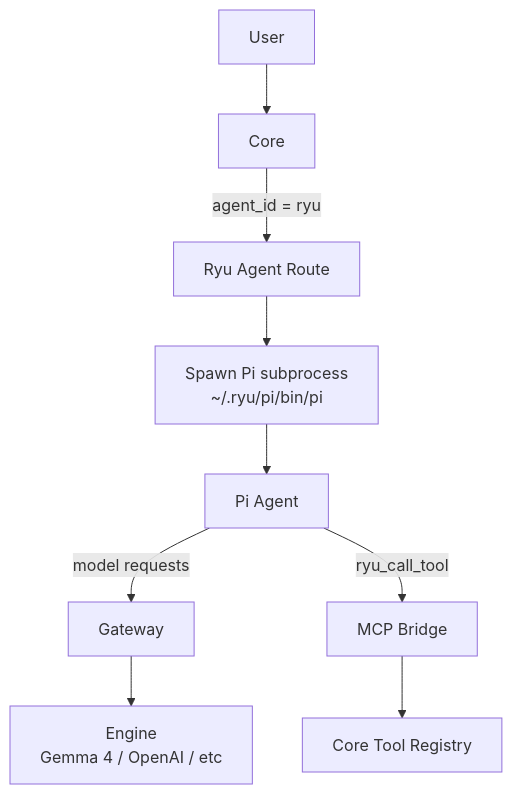
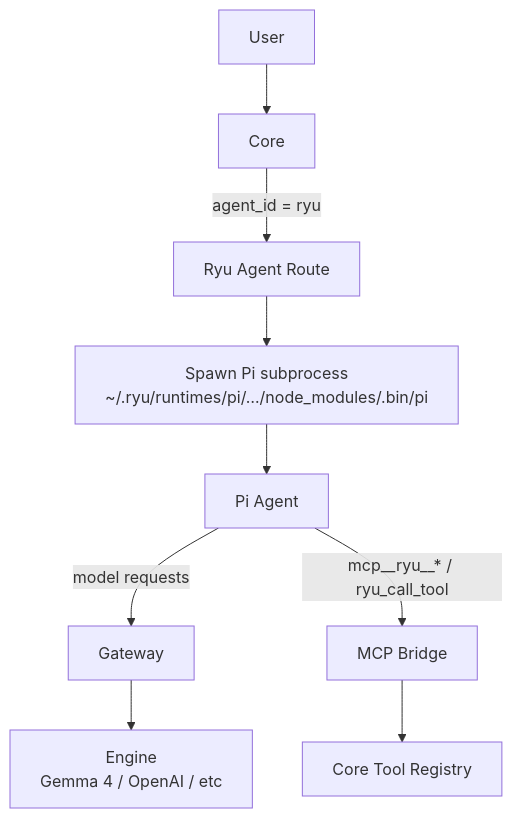
One commit to amajorai/ryu-docs changed the diagram in content/docs/start-here/architecture/ryu-agent.mdx. Above: the diagram before and after it, drawn with Mermaid. The commit also changed other lines of this file and 2538 other files, not shown here.

````diff
--- a/content/docs/start-here/architecture/ryu-agent.mdx
+++ b/content/docs/start-here/architecture/ryu-agent.mdx
@@ -27,11 +28,11 @@
 ```mermaid
 flowchart TD
   U[User] --> C[Core]
   C -->|"agent_id = ryu"| R[Ryu Agent Route]
-  R --> SP["Spawn Pi subprocess<br/>~/.ryu/pi/bin/pi"]
+  R --> SP["Spawn Pi subprocess<br/>~/.ryu/runtimes/pi/…/node_modules/.bin/pi"]
   SP --> PI[Pi Agent]
   PI -->|"model requests"| GW[Gateway]
   GW --> ENG[Engine<br/>Gemma 4 / OpenAI / etc]
-  PI -->|"ryu_call_tool"| MCP[MCP Bridge]
+  PI -->|"mcp__ryu__* / ryu_call_tool"| MCP[MCP Bridge]
   MCP --> CT[Core Tool Registry]
 ```
````
